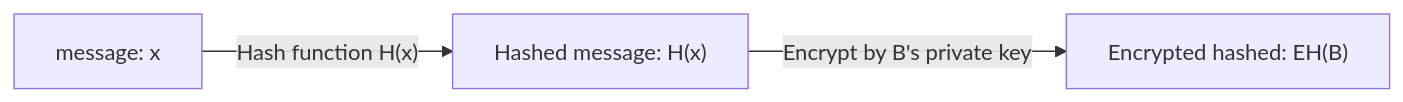
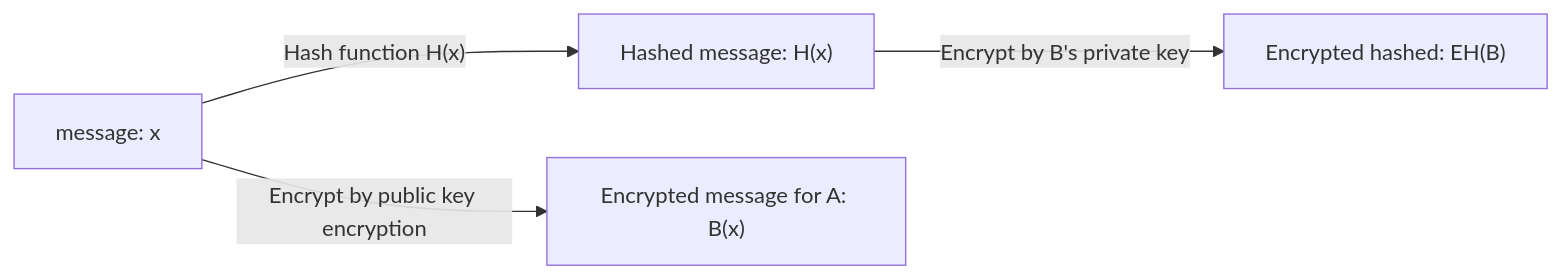
Before and after one commit to TranPhucVinh/Cplusplus: the second of 2 diagrams in Algorithms/Encryption.md, drawn with Mermaid. The commit also changed other lines of this file, not shown here.

Commit message:
Digital signature: Flow chart in sender side

````diff
--- a/Algorithms/Encryption.md
+++ b/Algorithms/Encryption.md
@@ -32,4 +32,5 @@
 ```mermaid
 flowchart LR
     A[message: x] -- Hash function H(x) --> B["Hashed message: H(x)"] -- Encrypt by B's private key --> C["Encrypted hashed: EH(B)"]
+    A[message: x] -- Encrypt by public key encryption --> D["Encrypted message for A: B(x)"]
 ```
````
